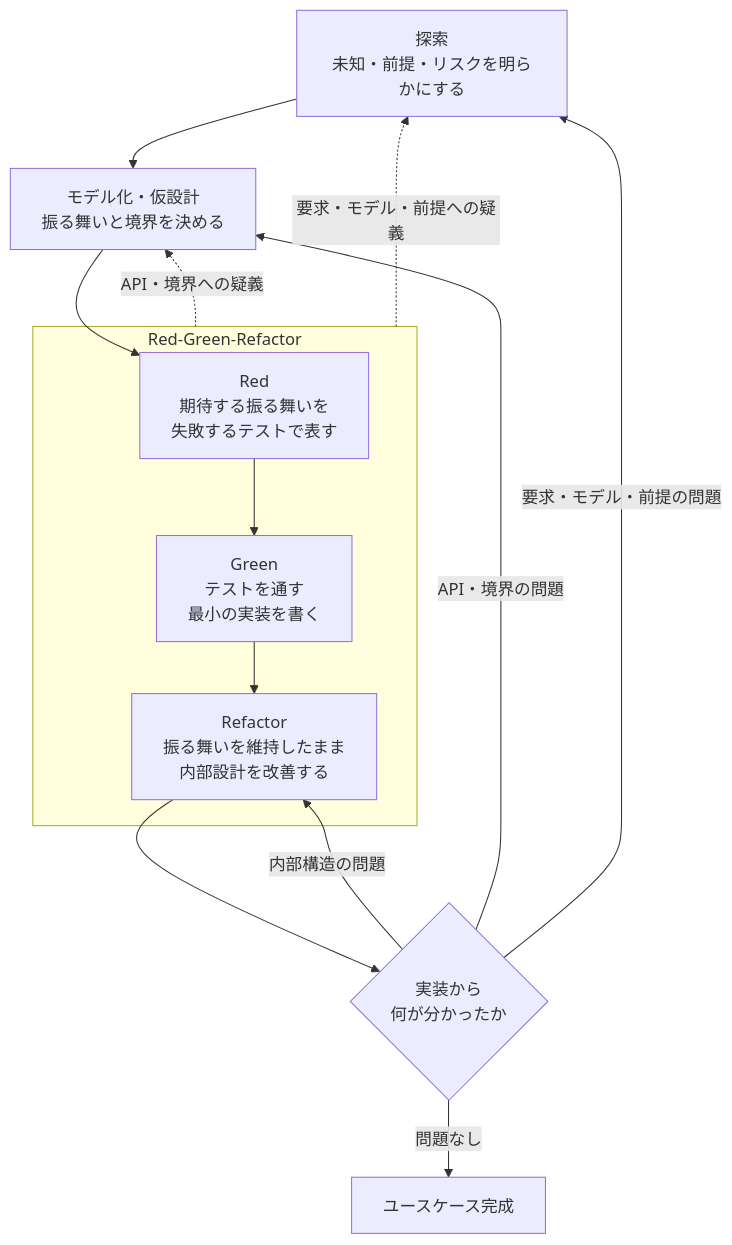
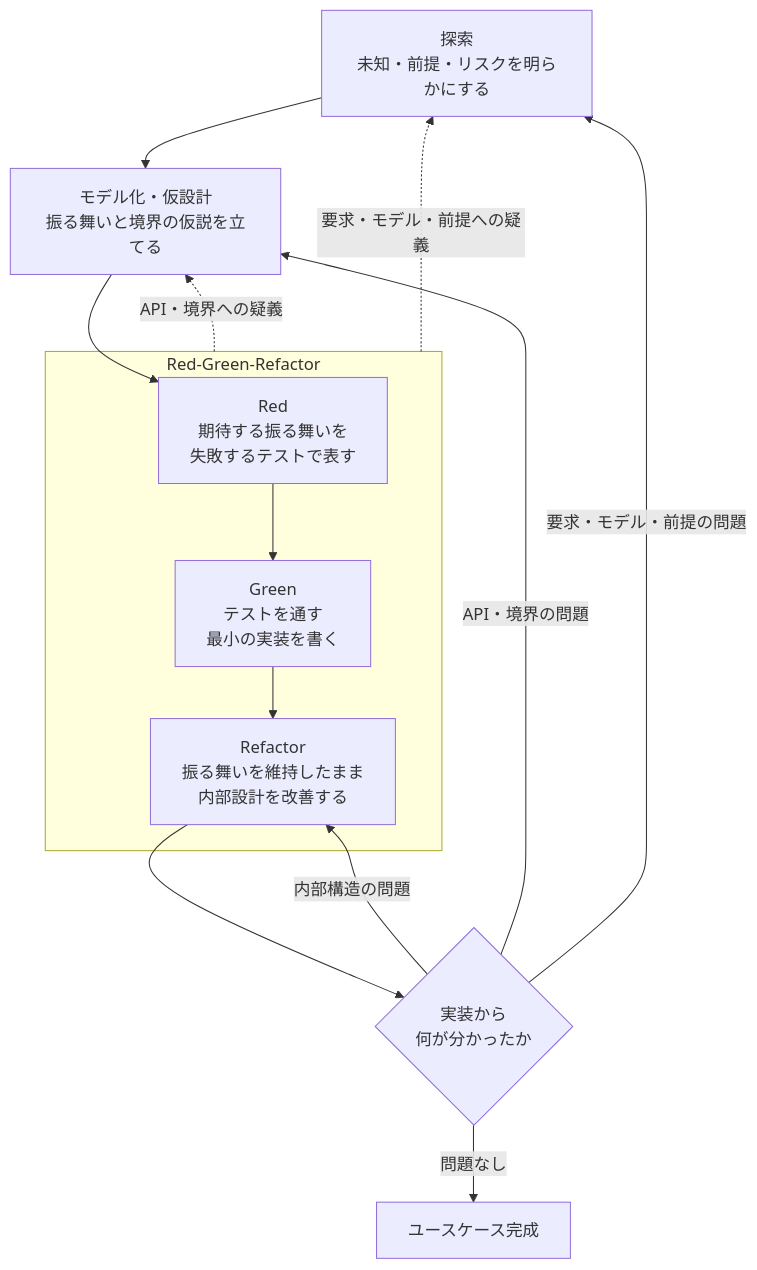
One commit to hondazn/aimod changed the diagram in shared/skills/code-complete/SKILL.md. Above: the diagram before and after it, drawn with Mermaid. The commit also changed other lines of this file and 2 other files, not shown here.

````diff
--- a/shared/skills/code-complete/SKILL.md
+++ b/shared/skills/code-complete/SKILL.md
@@ -12,28 +12,28 @@
 ```mermaid
 flowchart TD
     A[探索<br/>未知・前提・リスクを明らかにする]
-    B[モデル化・仮設計<br/>振る舞いと境界を決める]
+    B[モデル化・仮設計<br/>振る舞いと境界の仮説を立てる]
 
     subgraph TDD[Red-Green-Refactor]
         C[Red<br/>期待する振る舞いを<br/>失敗するテストで表す]
         D[Green<br/>テストを通す<br/>最小の実装を書く]
         E[Refactor<br/>振る舞いを維持したまま<br/>内部設計を改善する]
 
         C --> D --> E
     end
 
     F{実装から<br/>何が分かったか}
     G[ユースケース完成]
 
     A --> B
     B --> C
     E --> F
 
     F -->|問題なし| G
     F -->|内部構造の問題| E
     F -->|API・境界の問題| B
     F -->|要求・モデル・前提の問題| A
 
     TDD -.API・境界への疑義.-> B
     TDD -.要求・モデル・前提への疑義.-> A
 ```
````
